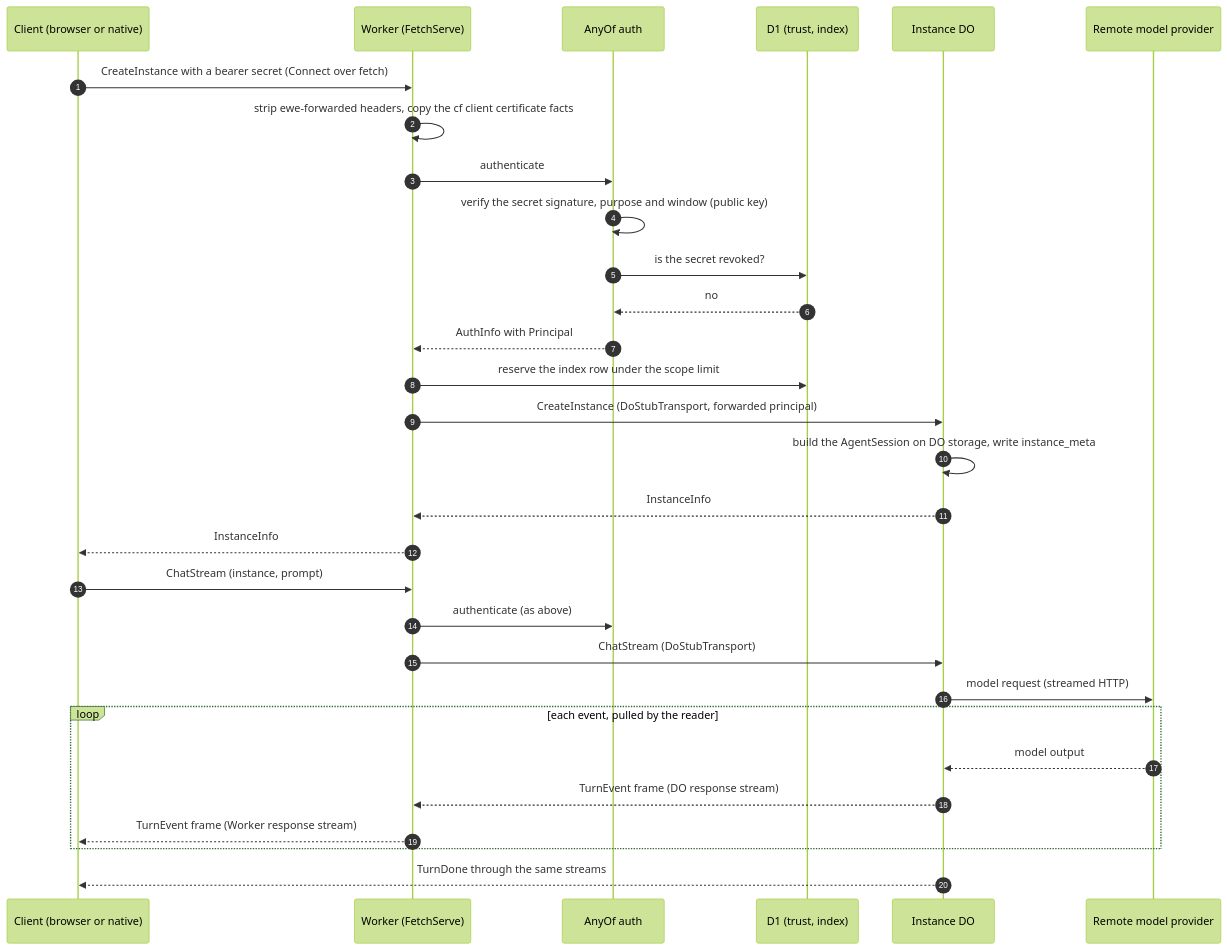
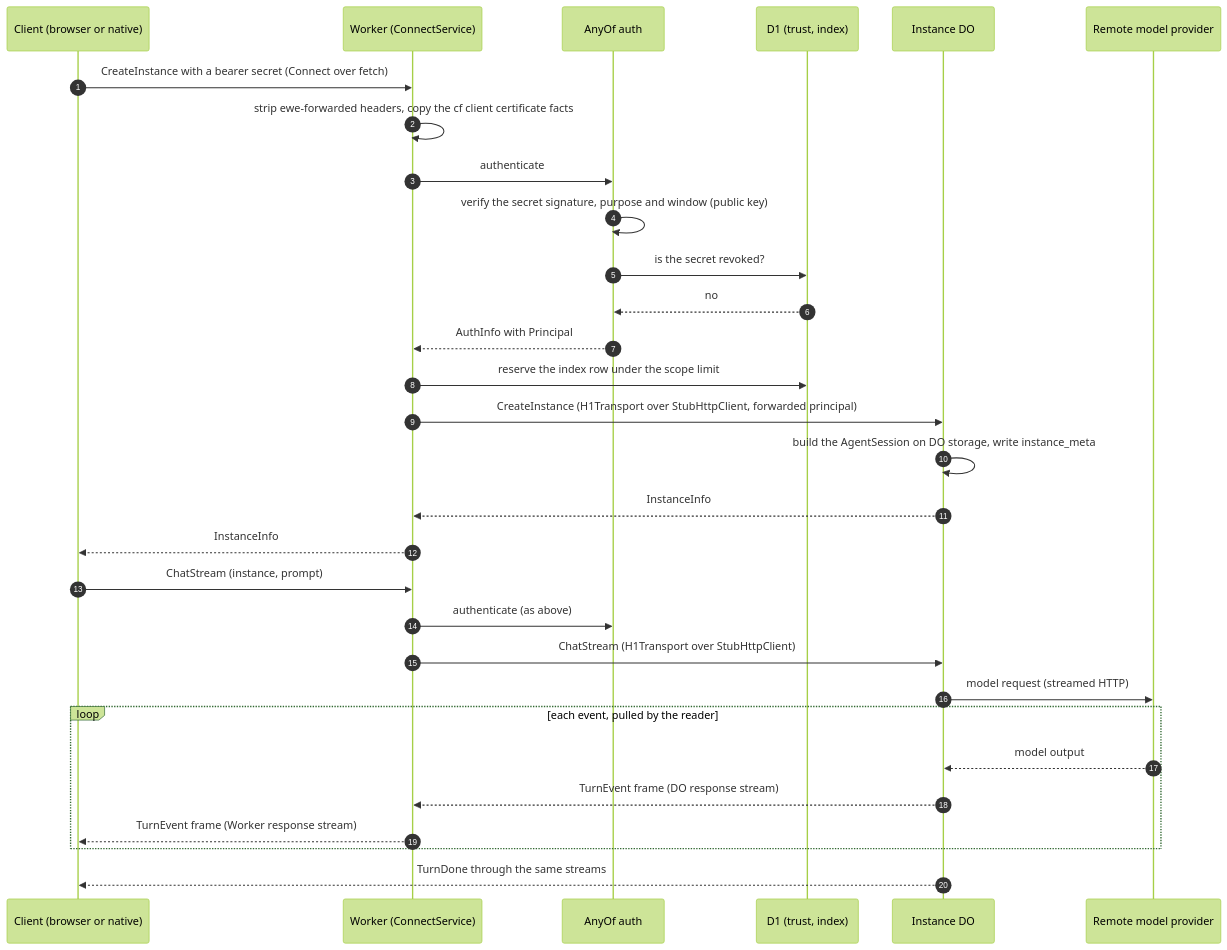
One commit to ewe-studios/ewe_platform changed the first of 3 diagrams in specifications/83-agent-rpc-serving-system/features/05-worker-host-and-web-client/worker-and-web.md. Above: the diagram before and after it, drawn with Mermaid (forest theme). The commit also changed other lines of this file and 25 other files, not shown here.

````diff
--- a/specifications/83-agent-rpc-serving-system/features/05-worker-host-and-web-client/worker-and-web.md
+++ b/specifications/83-agent-rpc-serving-system/features/05-worker-host-and-web-client/worker-and-web.md
@@ -302,32 +398,32 @@
 ```mermaid
 sequenceDiagram
     autonumber
     participant C as Client (browser or native)
-    participant W as Worker (FetchServe)
+    participant W as Worker (ConnectService)
     participant A as AnyOf auth
     participant D1 as D1 (trust, index)
     participant O as Instance DO
     participant P as Remote model provider
     C->>W: CreateInstance with a bearer secret (Connect over fetch)
     W->>W: strip ewe-forwarded headers, copy the cf client certificate facts
     W->>A: authenticate
     A->>A: verify the secret signature, purpose and window (public key)
     A->>D1: is the secret revoked?
     D1-->>A: no
     A-->>W: AuthInfo with Principal
     W->>D1: reserve the index row under the scope limit
-    W->>O: CreateInstance (DoStubTransport, forwarded principal)
+    W->>O: CreateInstance (H1Transport over StubHttpClient, forwarded principal)
     O->>O: build the AgentSession on DO storage, write instance_meta
     O-->>W: InstanceInfo
     W-->>C: InstanceInfo
     C->>W: ChatStream (instance, prompt)
     W->>A: authenticate (as above)
-    W->>O: ChatStream (DoStubTransport)
+    W->>O: ChatStream (H1Transport over StubHttpClient)
     O->>P: model request (streamed HTTP)
     loop each event, pulled by the reader
         P-->>O: model output
         O-->>W: TurnEvent frame (DO response stream)
         W-->>C: TurnEvent frame (Worker response stream)
     end
     O-->>C: TurnDone through the same streams
 ```
````
